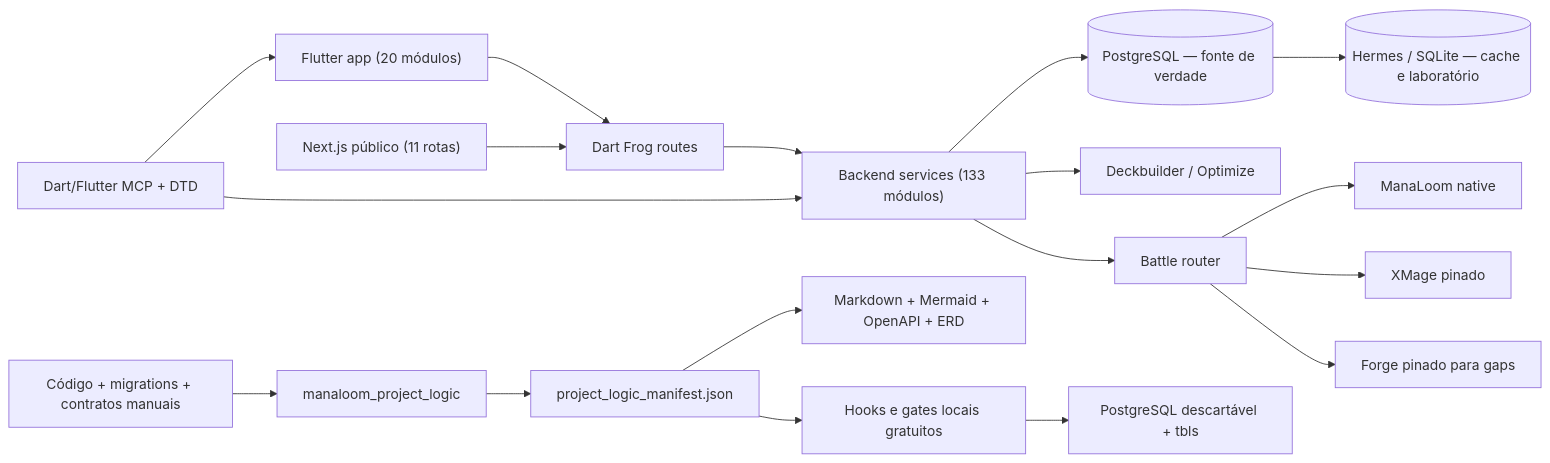
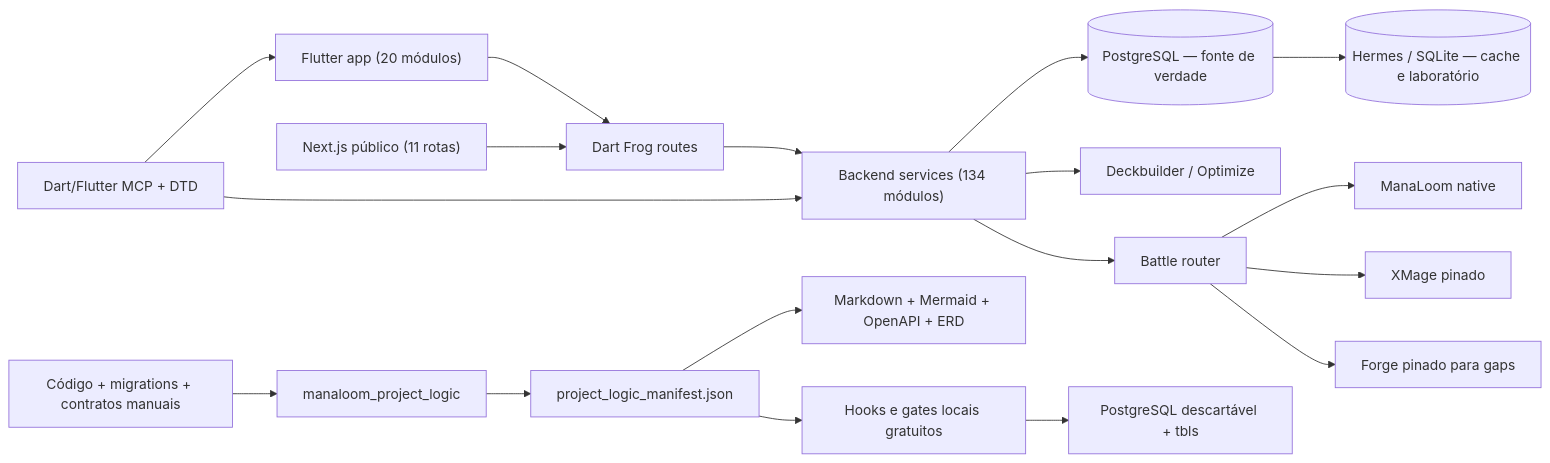
The diagram in docs/generated/ARCHITECTURE.md (softwarePredador/mtgia), drawn with Mermaid before and after one commit. The commit also changed 12 other files, not shown here.

````diff
--- a/docs/generated/ARCHITECTURE.md
+++ b/docs/generated/ARCHITECTURE.md
@@ -5,20 +5,20 @@
 ```mermaid
 flowchart LR
     UI["Flutter app (20 módulos)"] --> API["Dart Frog routes"]
     WEB["Next.js público (11 rotas)"] --> API
-    API --> DOMAIN["Backend services (133 módulos)"]
+    API --> DOMAIN["Backend services (134 módulos)"]
     DOMAIN --> PG[("PostgreSQL — fonte de verdade")]
     DOMAIN --> AI["Deckbuilder / Optimize"]
     DOMAIN --> BATTLE["Battle router"]
     BATTLE --> NATIVE["ManaLoom native"]
     BATTLE --> XMAGE["XMage pinado"]
     BATTLE --> FORGE["Forge pinado para gaps"]
     PG --> HERMES[("Hermes / SQLite — cache e laboratório")]
     SRC["Código + migrations + contratos manuais"] --> GEN["manaloom_project_logic"]
     GEN --> MANIFEST["project_logic_manifest.json"]
     MANIFEST --> DOCS["Markdown + Mermaid + OpenAPI + ERD"]
     MANIFEST --> LOCAL["Hooks e gates locais gratuitos"]
     LOCAL --> TBLS["PostgreSQL descartável + tbls"]
     MCP["Dart/Flutter MCP + DTD"] --> UI
     MCP --> DOMAIN
 ```
````
